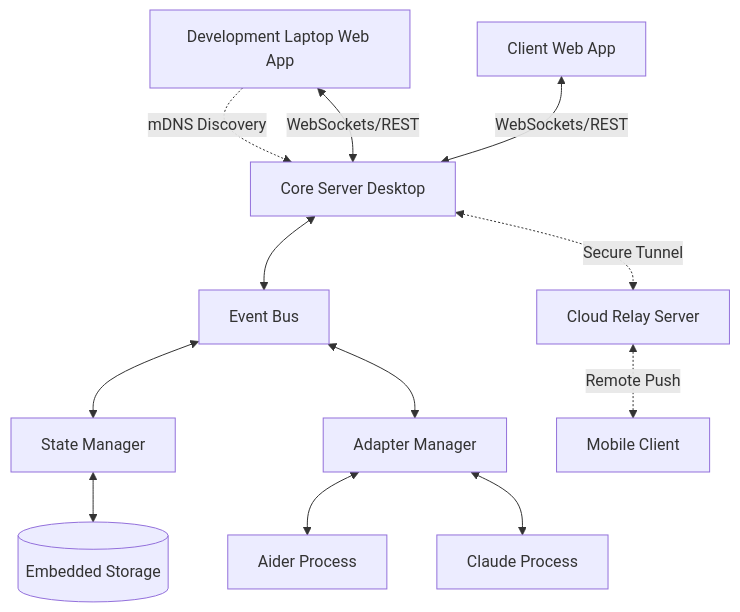
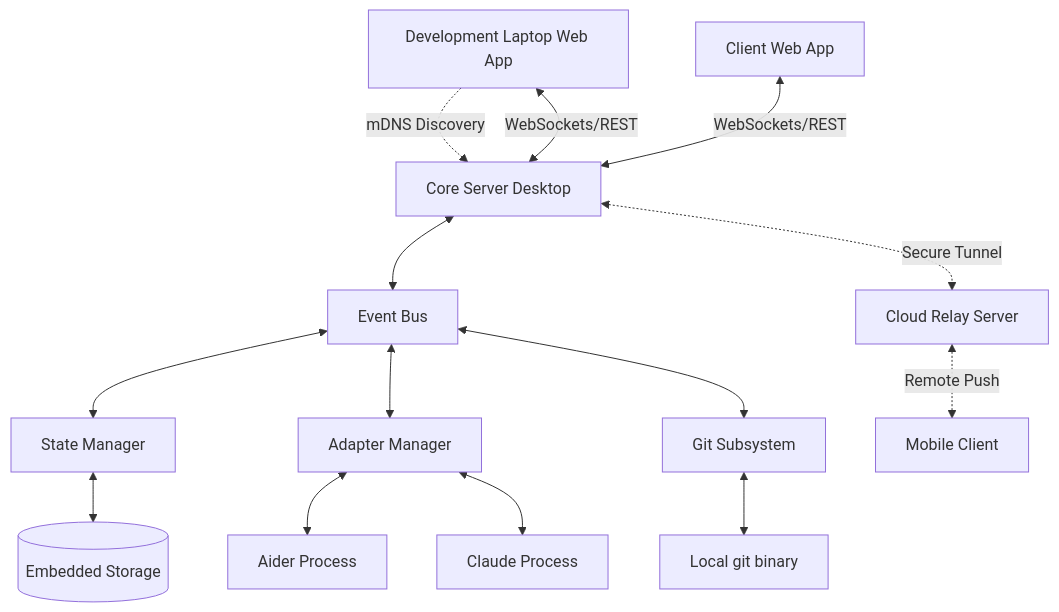
Before and after one commit to qhukz13/Asterim: the first of 2 diagrams in blueprint/ARCHITECTURE.md, drawn with Mermaid. The commit also changed other lines of this file and 19 other files, not shown here.

Commit message:
feat: introduce Git subsystem with specialized managers and integrate a UI Changes tab for repository status and diff management.

````diff
--- a/blueprint/ARCHITECTURE.md
+++ b/blueprint/ARCHITECTURE.md
@@ -14,15 +14,17 @@
 ```mermaid
 graph TD
     Laptop[Development Laptop Web App] -.->|mDNS Discovery| API
     Laptop <-->|WebSockets/REST| API
     UI[Client Web App] <-->|WebSockets/REST| API[Core Server Desktop]
     API <--> Bus[Event Bus]
     Bus <--> State[State Manager]
     Bus <--> AdapterManager[Adapter Manager]
+    Bus <--> GitService[Git Subsystem]
+    GitService <--> GitCLI[Local git binary]
     AdapterManager <--> Aider[Aider Process]
     AdapterManager <--> Claude[Claude Process]
     State <--> DB[(Embedded Storage)]
 
     API <-.->|Secure Tunnel| Relay[Cloud Relay Server]
     Relay <-.->|Remote Push| Mobile[Mobile Client]
 ```
````
